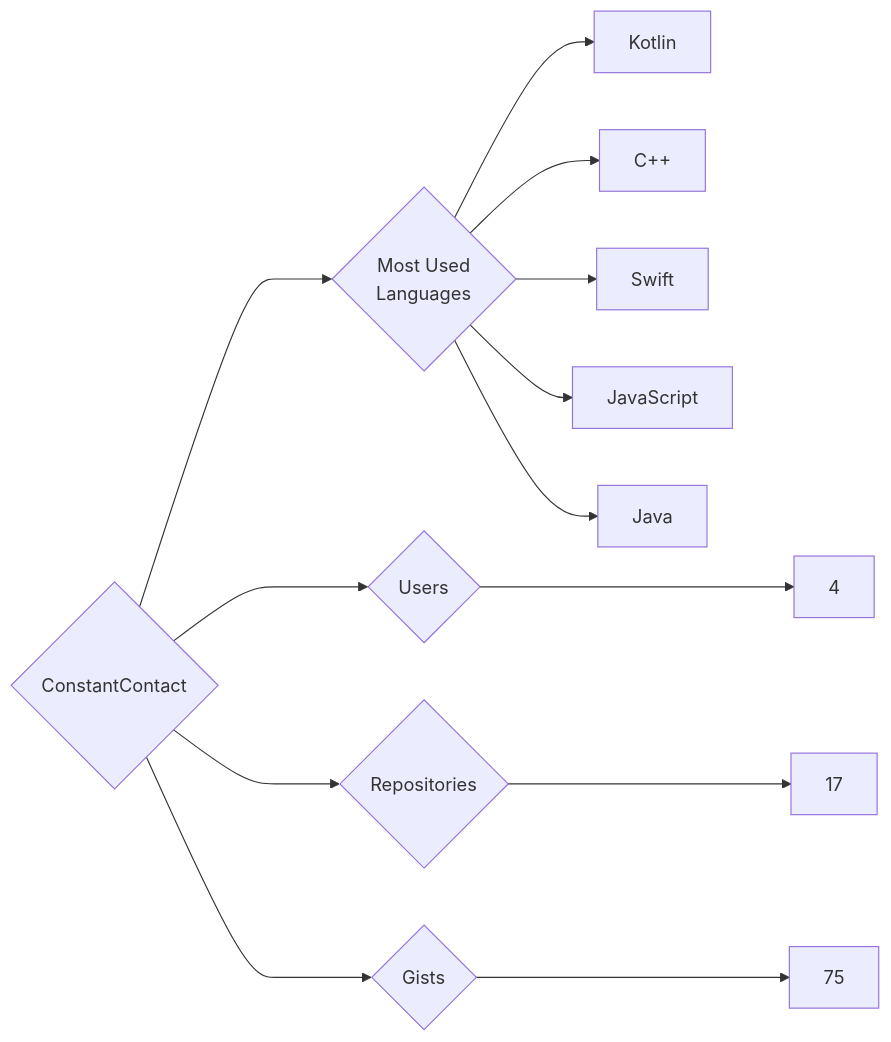
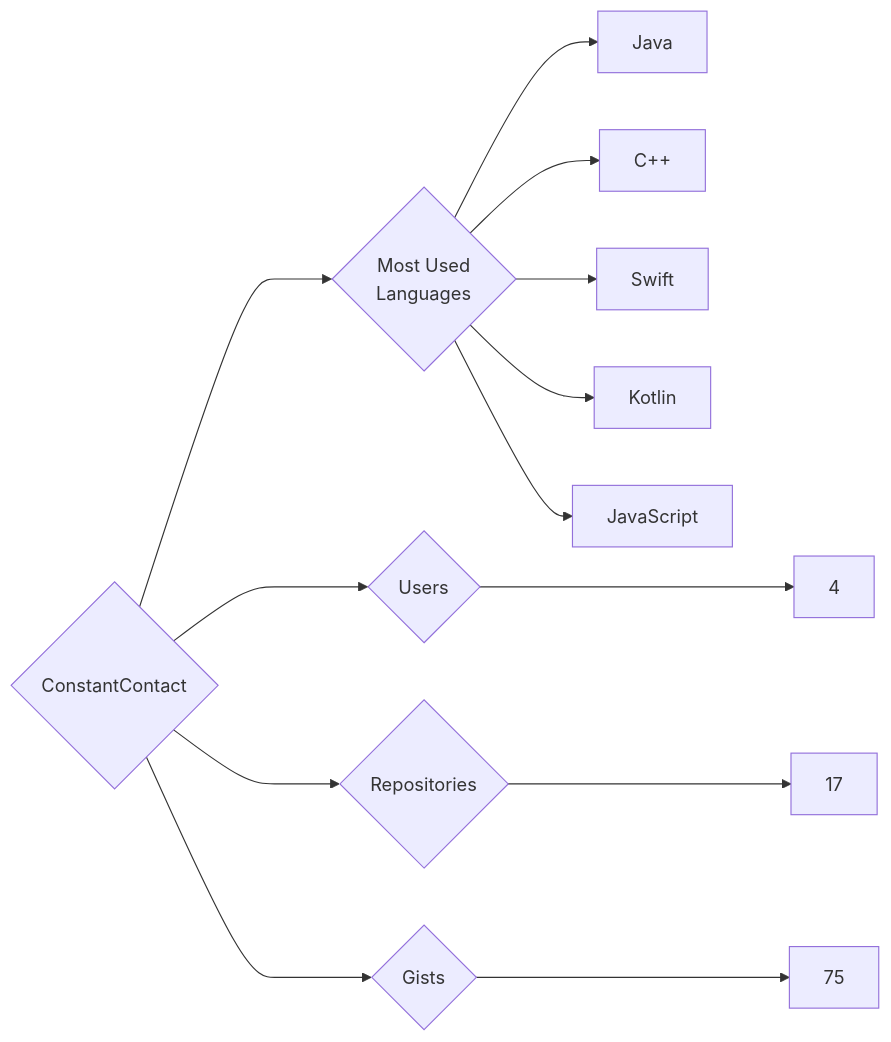
One commit to trickest/insiders changed the diagram in targets/ConstantContact/README.md. Above: the diagram before and after it, drawn with Mermaid. The commit also changed other lines of this file and 750 other files, not shown here.

````diff
--- a/targets/ConstantContact/README.md
+++ b/targets/ConstantContact/README.md
@@ -3,13 +3,13 @@
 ```mermaid
 graph LR
 COMPANY_NAME{ConstantContact}
 COMPANY_NAME ---> U{Users} ---> UN[4]
 COMPANY_NAME ---> R{Repositories} ---> RN[17]
 COMPANY_NAME ---> G{Gists} ---> GN[75]
 COMPANY_NAME ---> ML{Most Used<br>Languages}
-ML --> Kotlin[Kotlin]
+ML --> Java[Java]
 ML --> C++[C++]
 ML --> Swift[Swift]
+ML --> Kotlin[Kotlin]
 ML --> JavaScript[JavaScript]
-ML --> Java[Java]
 ```
````
